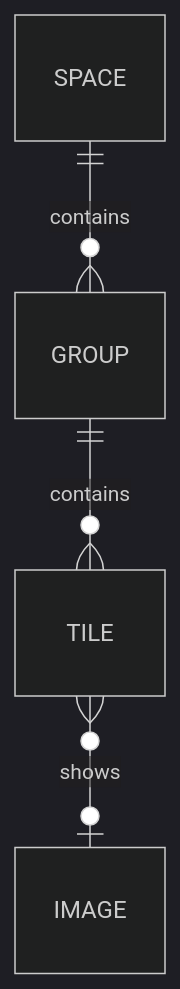
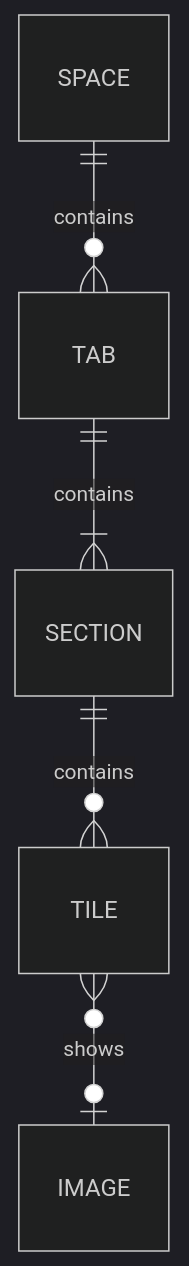
The first of 2 diagrams in docs/spec.md (guyvdn/starbook), drawn with Mermaid (dark theme) before and after one commit. The commit also changed other lines of this file, not shown here.

````diff
--- a/docs/spec.md
+++ b/docs/spec.md
@@ -26,6 +26,7 @@
 ```mermaid
 erDiagram
-    SPACE ||--o{ GROUP : contains
-    GROUP ||--o{ TILE : contains
+    SPACE ||--o{ TAB : contains
+    TAB ||--|{ SECTION : contains
+    SECTION ||--o{ TILE : contains
     TILE }o--o| IMAGE : shows
 ```
````
